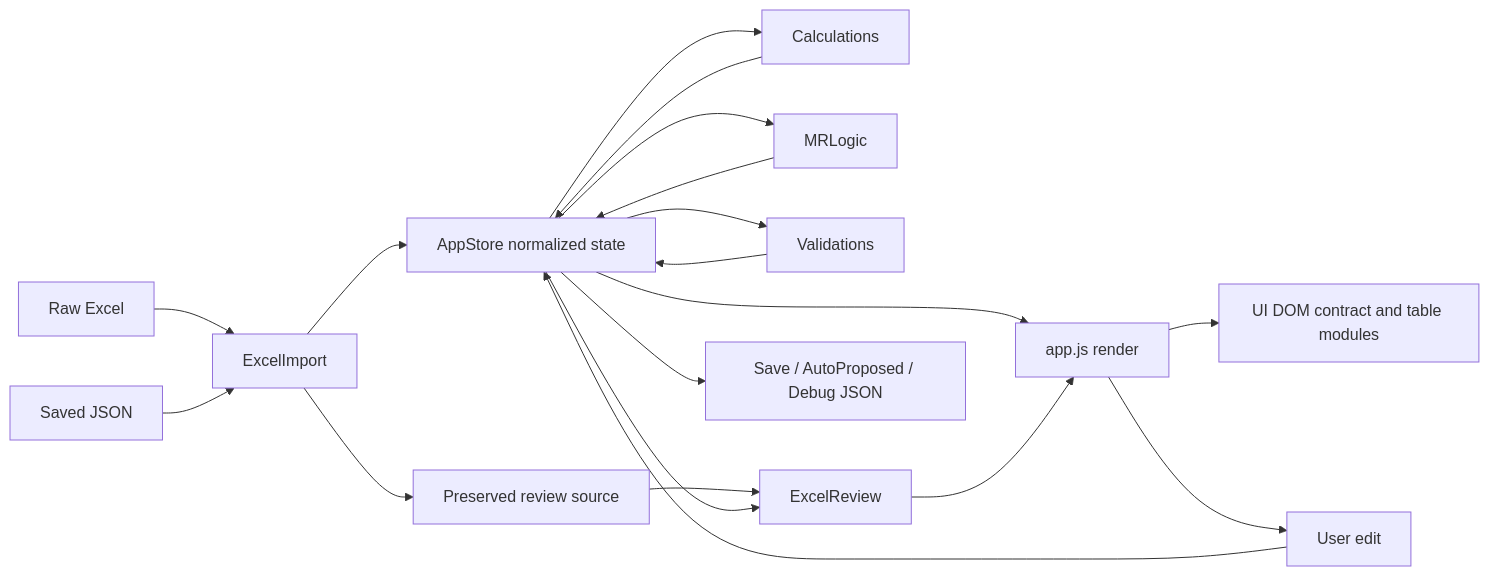
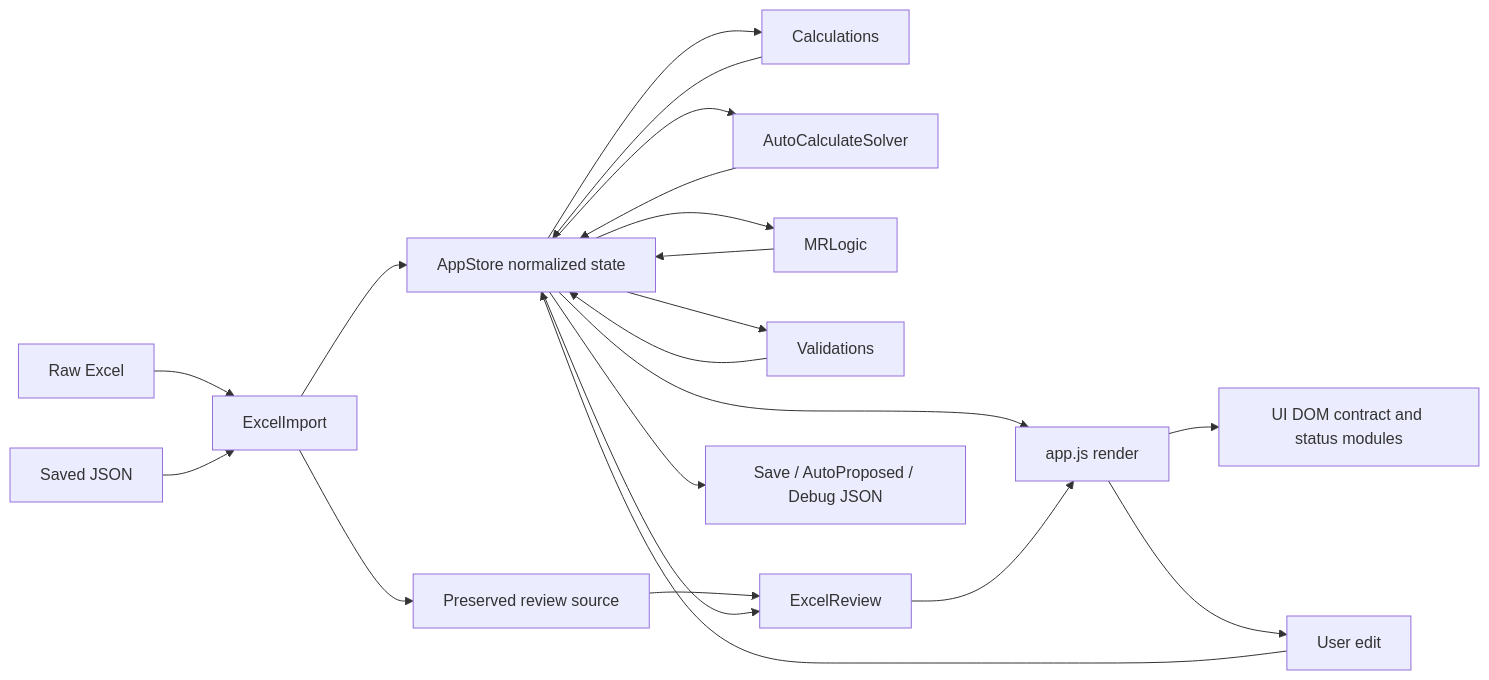
Before and after one commit to MerinoELuis/Pole-Calculator: the diagram in docs/ARCHITECTURE.md, drawn with Mermaid. The commit also changed other lines of this file, not shown here.

Commit message:
Document best-available solver architecture

````diff
--- a/docs/ARCHITECTURE.md
+++ b/docs/ARCHITECTURE.md
@@ -62,21 +66,23 @@
 ```mermaid
 flowchart LR
     A[Raw Excel] --> B[ExcelImport]
     J[Saved JSON] --> B
     B --> C[AppStore normalized state]
     B --> R[Preserved review source]
     C --> D[Calculations]
     D --> C
+    C --> S[AutoCalculateSolver]
+    S --> C
     C --> E[MRLogic]
     E --> C
     C --> F[Validations]
     F --> C
     C --> G[app.js render]
-    G --> U[UI DOM contract and table modules]
+    G --> U[UI DOM contract and status modules]
     R --> X[ExcelReview]
     C --> X
     X --> G
     G --> H[User edit]
     H --> C
     C --> I[Save / AutoProposed / Debug JSON]
 ```
````
